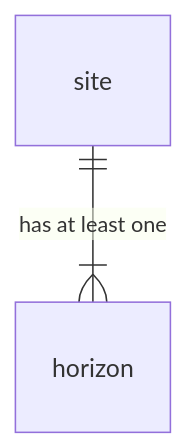
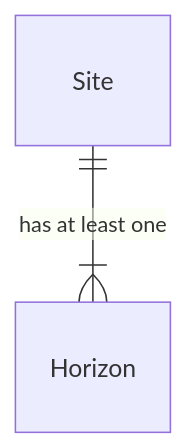
Before and after one commit to manaakiwhenua/NZ_soildesc_2024: the tenth of 18 diagrams in ap_03_database_design.qmd, drawn with Mermaid. The commit also changed other lines of this file, not shown here.

````diff
--- a/ap_03_database_design.qmd
+++ b/ap_03_database_design.qmd
@@ -477,7 +571,8 @@
 ```{mermaid}
 %%| fig-cap: "Horizon - main tables only"
 
+%%{ init: { 'er': { 'layoutDirection': 'LR' } } }%%
 erDiagram
-  site ||--|{ horizon : "has at least one"
+  Site ||--|{ Horizon : "has at least one"
 
 ```
````
